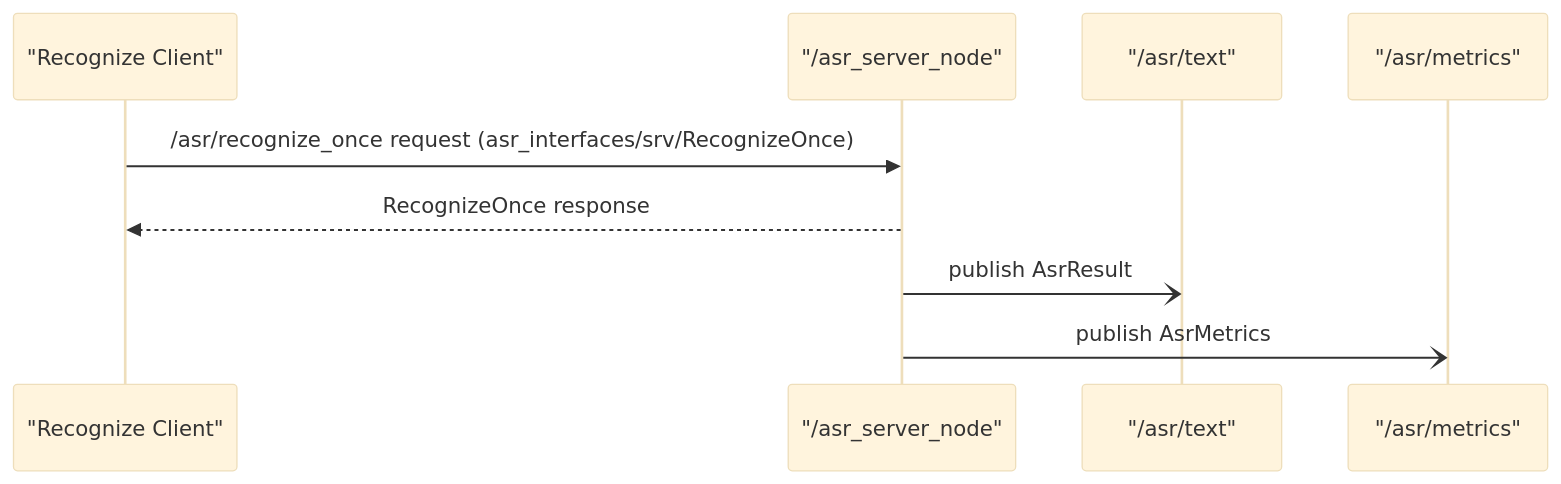
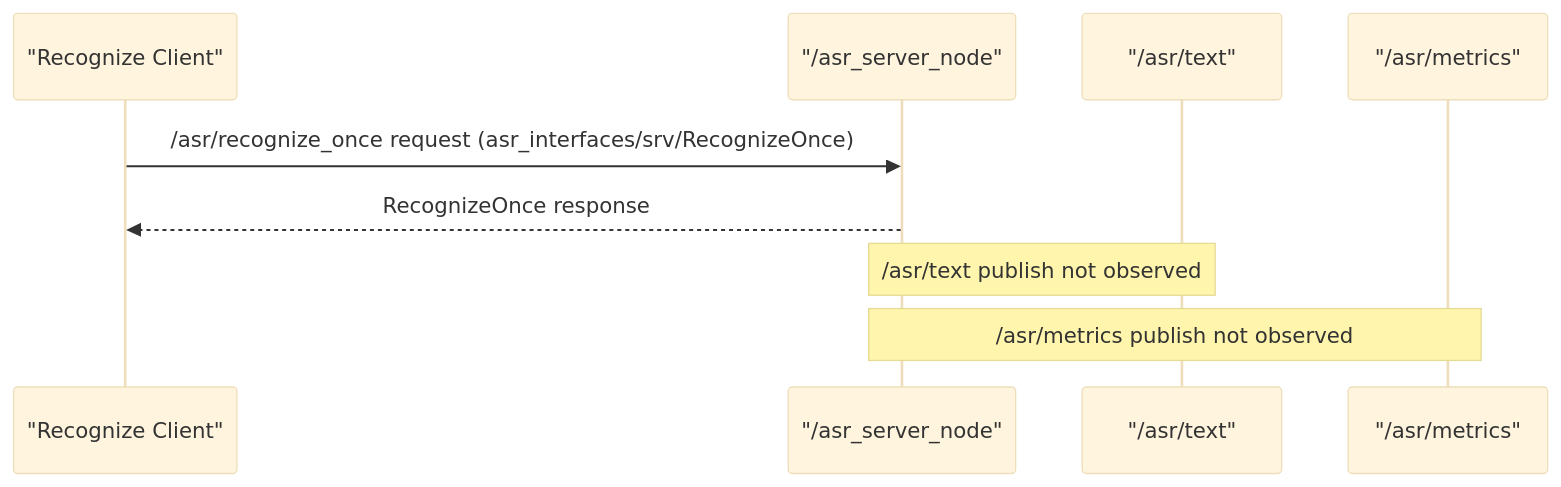
The diagram in docs/arch/seq_recognize_once.mmd (Fenixcrowlite/ros2_ASR), drawn with Mermaid (base theme) before and after one commit. The commit also changed 378 other files, not shown here.

First line of the commit message:
Add chart rendering functions for metrics visualization

```diff
--- a/docs/arch/seq_recognize_once.mmd
+++ b/docs/arch/seq_recognize_once.mmd
@@ -1,9 +1,9 @@
 sequenceDiagram
   participant Client as "Recognize Client"
   participant Server as "/asr_server_node"
   participant TextTopic as "/asr/text"
   participant MetricsTopic as "/asr/metrics"
   Client->>Server: /asr/recognize_once request (asr_interfaces/srv/RecognizeOnce)
   Server-->>Client: RecognizeOnce response
-  Server-)TextTopic: publish AsrResult
-  Server-)MetricsTopic: publish AsrMetrics
+  Note over Server,TextTopic: /asr/text publish not observed
+  Note over Server,MetricsTopic: /asr/metrics publish not observed
```
